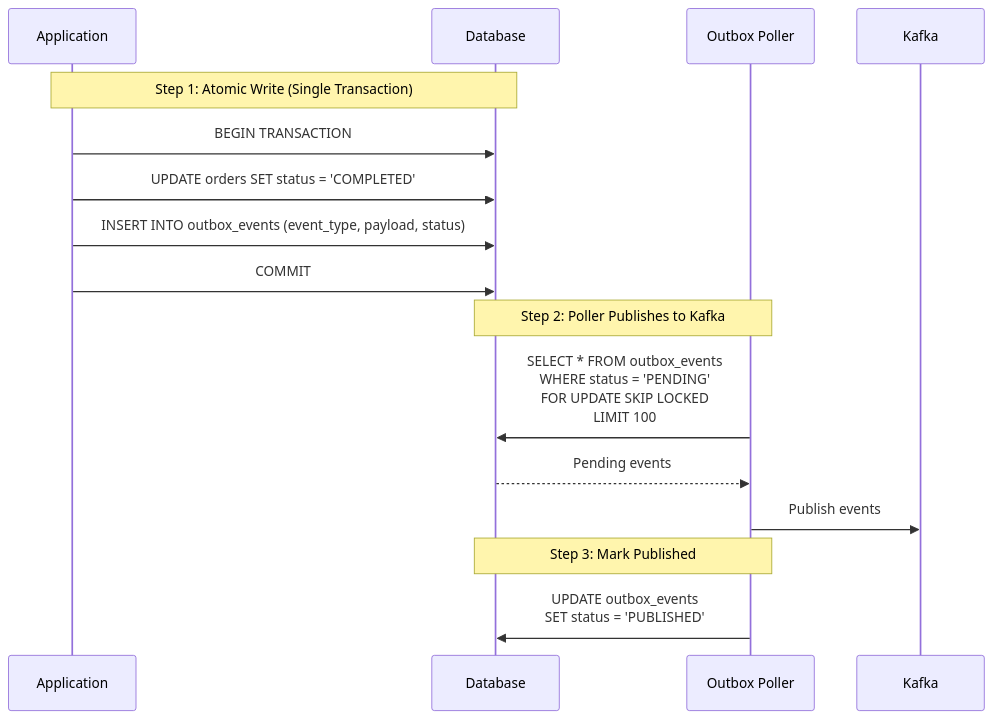
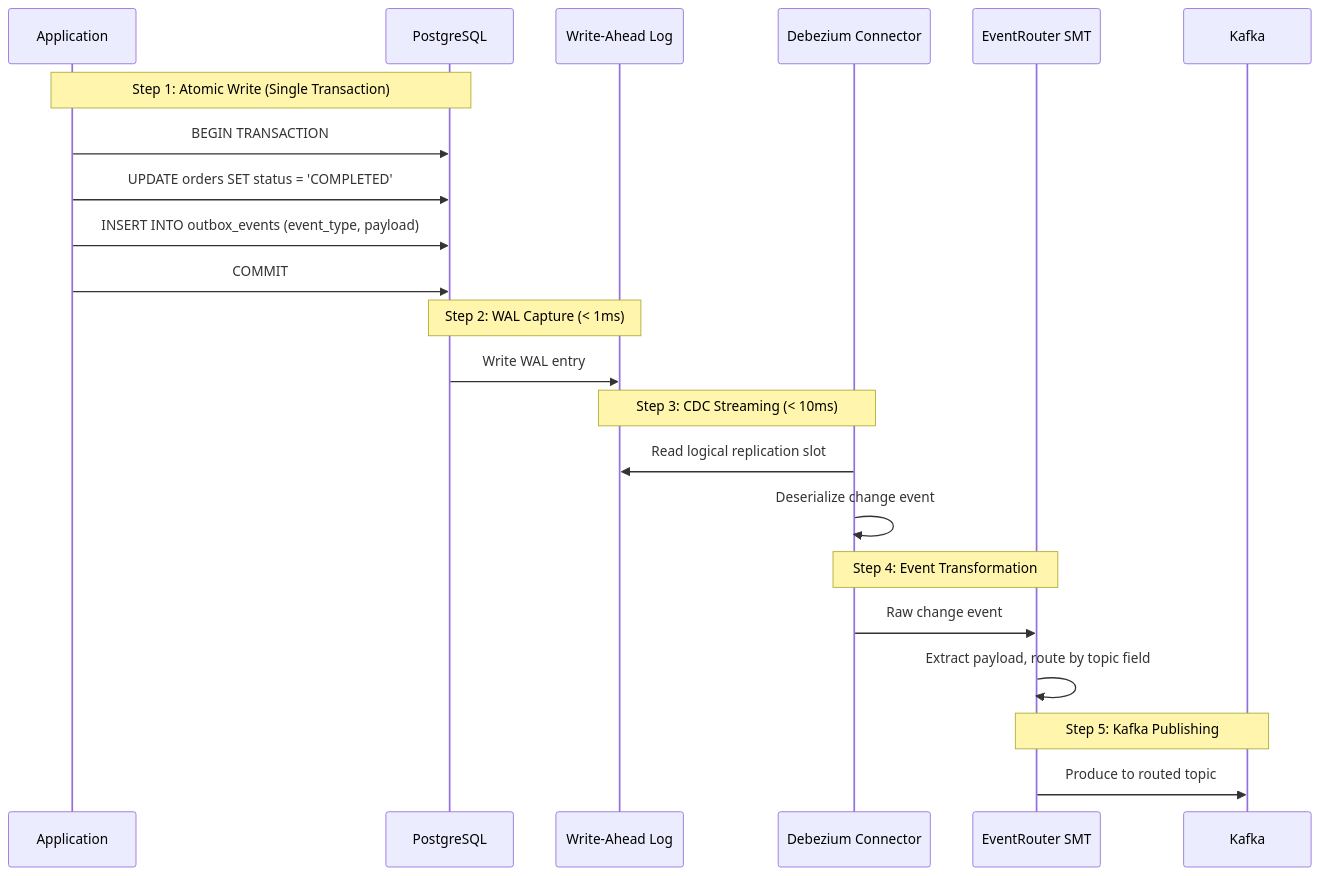
Before and after one commit to simbataisa/tcb-paylink-arch: diagram 12 of 41 in README.md, drawn with Mermaid. The commit also changed other lines of this file and 3 other files, not shown here.

````diff
--- a/README.md
+++ b/README.md
@@ -513,21 +513,29 @@
 ```mermaid
 sequenceDiagram
     participant App as Application
-    participant DB as Database
-    participant Poller as Outbox Poller
+    participant DB as PostgreSQL
+    participant WAL as Write-Ahead Log
+    participant Deb as Debezium Connector
+    participant SMT as EventRouter SMT
     participant Kafka as Kafka
 
     Note over App,DB: Step 1: Atomic Write (Single Transaction)
     App->>DB: BEGIN TRANSACTION
     App->>DB: UPDATE orders SET status = 'COMPLETED'
-    App->>DB: INSERT INTO outbox_events (event_type, payload, status)
+    App->>DB: INSERT INTO outbox_events (event_type, payload)
     App->>DB: COMMIT
 
-    Note over Poller,DB: Step 2: Poller Publishes to Kafka
-    Poller->>DB: SELECT * FROM outbox_events<br/>WHERE status = 'PENDING'<br/>FOR UPDATE SKIP LOCKED<br/>LIMIT 100
-    DB-->>Poller: Pending events
-    Poller->>Kafka: Publish events
+    Note over DB,WAL: Step 2: WAL Capture (< 1ms)
+    DB->>WAL: Write WAL entry
 
-    Note over Poller,DB: Step 3: Mark Published
-    Poller->>DB: UPDATE outbox_events<br/>SET status = 'PUBLISHED'
+    Note over WAL,Deb: Step 3: CDC Streaming (< 10ms)
+    Deb->>WAL: Read logical replication slot
+    Deb->>Deb: Deserialize change event
+
+    Note over Deb,SMT: Step 4: Event Transformation
+    Deb->>SMT: Raw change event
+    SMT->>SMT: Extract payload, route by topic field
+
+    Note over SMT,Kafka: Step 5: Kafka Publishing
+    SMT->>Kafka: Produce to routed topic
 ```
````
